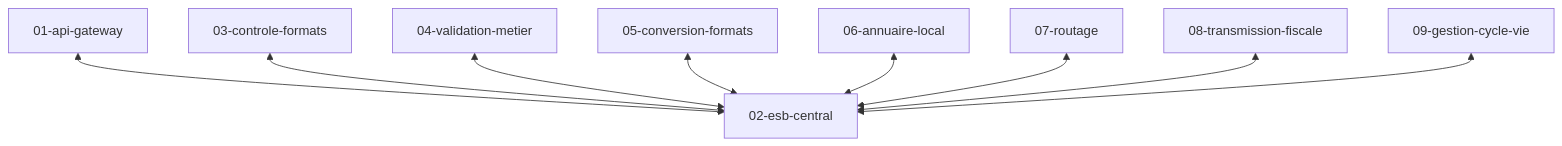
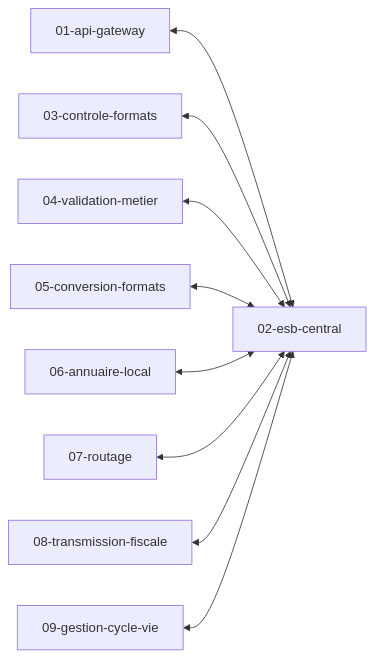
The diagram in docs/briques/02-esb-central/index.md (PDP-Libre/PA_Communautaire), drawn with Mermaid before and after one commit. The commit also changed 20 other files, not shown here.

````diff
--- a/docs/briques/02-esb-central/index.md
+++ b/docs/briques/02-esb-central/index.md
@@ -9,11 +9,12 @@
 ```mermaid
-flowchart TD
+flowchart LR
     01-api-gateway <--> 02-esb-central
     03-controle-formats <--> 02-esb-central
     04-validation-metier <--> 02-esb-central
     05-conversion-formats <--> 02-esb-central
     06-annuaire-local <--> 02-esb-central
     07-routage <--> 02-esb-central
     08-transmission-fiscale <--> 02-esb-central
     09-gestion-cycle-vie <--> 02-esb-central
+    
 ```
````
